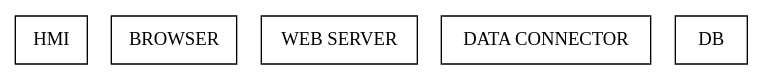
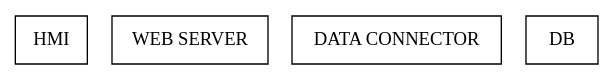
Before and after one commit to MGuillaumeF/hangman-game: the diagram in wiki/components.dot, drawn with Graphviz.

```diff
--- a/wiki/components.dot
+++ b/wiki/components.dot
@@ -1,24 +1,22 @@
 digraph Component {
 
   node [shape=record];
-
-  nd_1 [label = "HMI"];
-  nd_2 [label = "BROWSER"];
-
-  nd_4 [label = "WEB SERVER"];
-  nd_5 [label = "DATA CONNECTOR"];
-  nd_6 [label = "DB"];
-
-  subgraph server {
-    label = "SERVER";
-    {rank=same nd_4 nd_5 nd_6}
-  }
 
   subgraph client {
     label = "CLIENT";
     subgraph browser {
       label = "BROWSER";
-      nd_2;
+      nd_1 [label = "HMI"];
+    }
+  }
+
+  subgraph server {
+    label = "SERVER";
+    {
+      rank=same 
+      nd_2 [label = "WEB SERVER"];
+      nd_3 [label = "DATA CONNECTOR"];
+      nd_4 [label = "DB"];
     }
   }
 }
```
